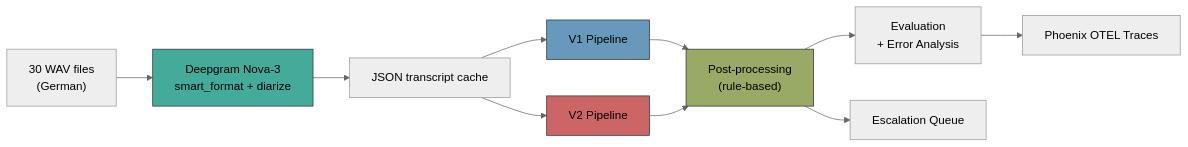
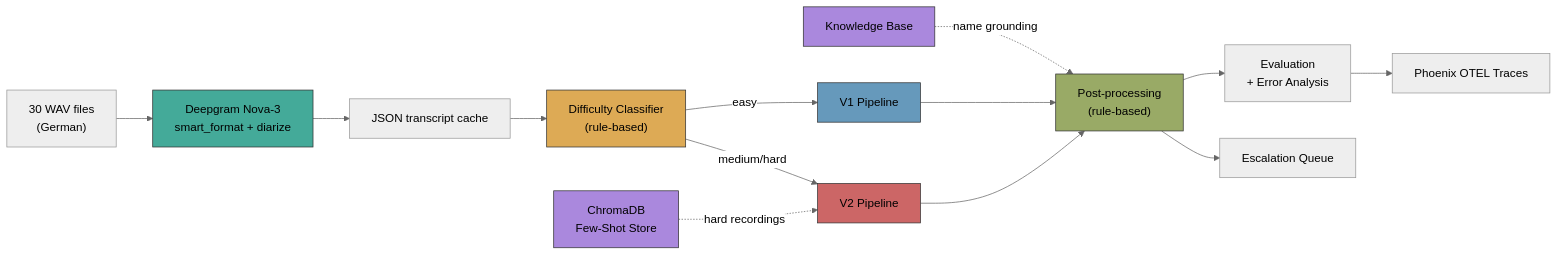
Before and after one commit to drarijitdas/phonebot_challenge: the first of 3 diagrams in README.md, drawn with Mermaid (neutral theme). The commit also changed other lines of this file, not shown here.

First line of the commit message:
docs: add knowledge base, ChromaDB few-shot RAG, and classifier to architecture

````diff
--- a/README.md
+++ b/README.md
@@ -134,17 +134,23 @@
 ```mermaid
 flowchart LR
     WAV["30 WAV files<br/>(German)"] --> DG["Deepgram Nova-3<br/>smart_format + diarize"]
     DG --> Cache["JSON transcript cache"]
-    Cache --> V1["V1 Pipeline"]
-    Cache --> V2["V2 Pipeline"]
+    Cache --> CLF["Difficulty Classifier<br/>(rule-based)"]
+    CLF -->|easy| V1["V1 Pipeline"]
+    CLF -->|medium/hard| V2["V2 Pipeline"]
+    KB["Knowledge Base"] -.->|name grounding| PP
+    Chroma["ChromaDB<br/>Few-Shot Store"] -.->|hard recordings| V2
     V1 --> PP["Post-processing<br/>(rule-based)"]
     V2 --> PP
     PP --> Eval["Evaluation<br/>+ Error Analysis"]
     PP --> Esc["Escalation Queue"]
     Eval --> Phoenix["Phoenix OTEL Traces"]
 
     style DG fill:#4a9,stroke:#333,color:#000
     style V1 fill:#69b,stroke:#333,color:#000
     style V2 fill:#c66,stroke:#333,color:#000
     style PP fill:#9a6,stroke:#333,color:#000
+    style CLF fill:#da5,stroke:#333,color:#000
+    style KB fill:#a8d,stroke:#333,color:#000
+    style Chroma fill:#a8d,stroke:#333,color:#000
 ```
````
